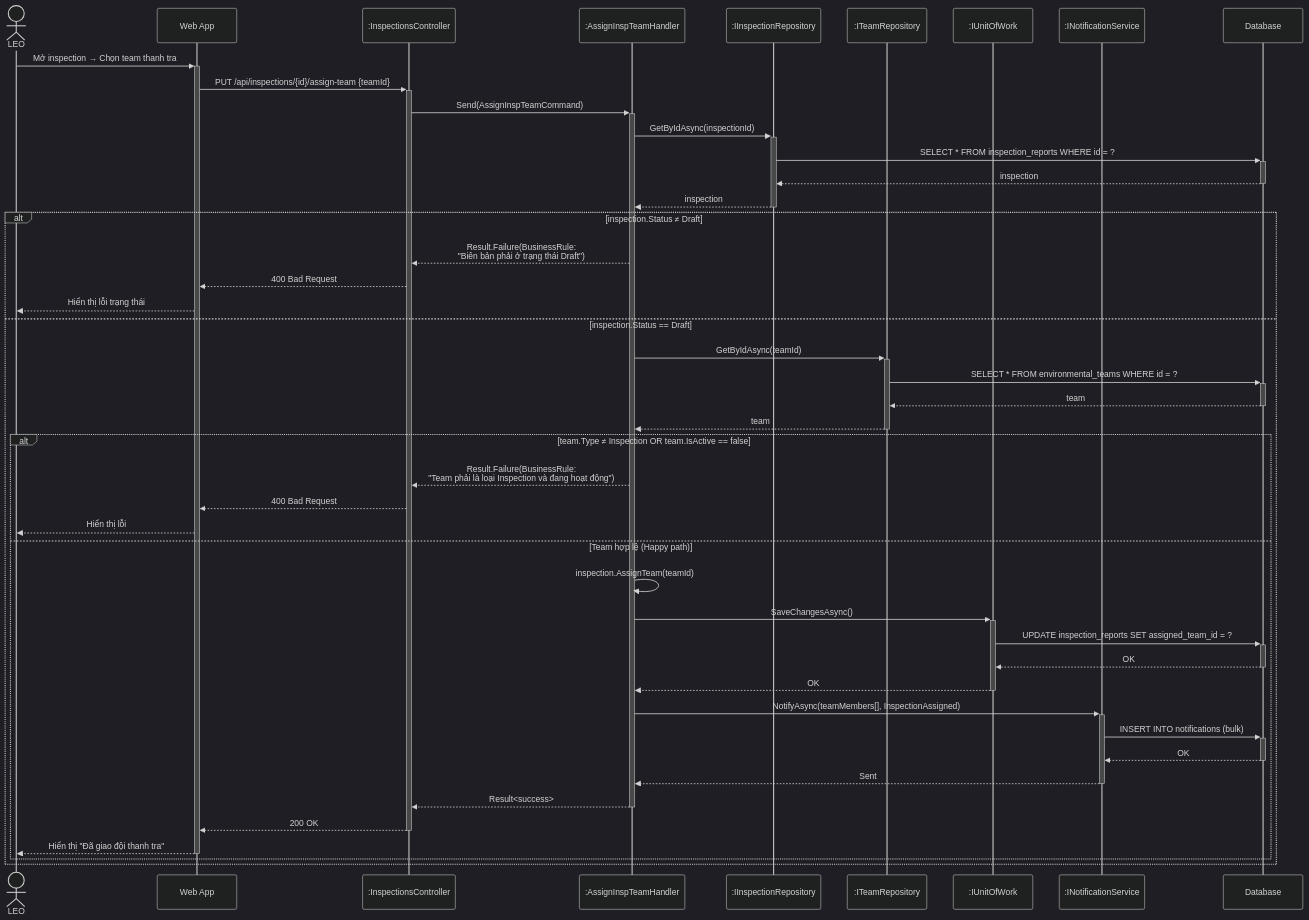
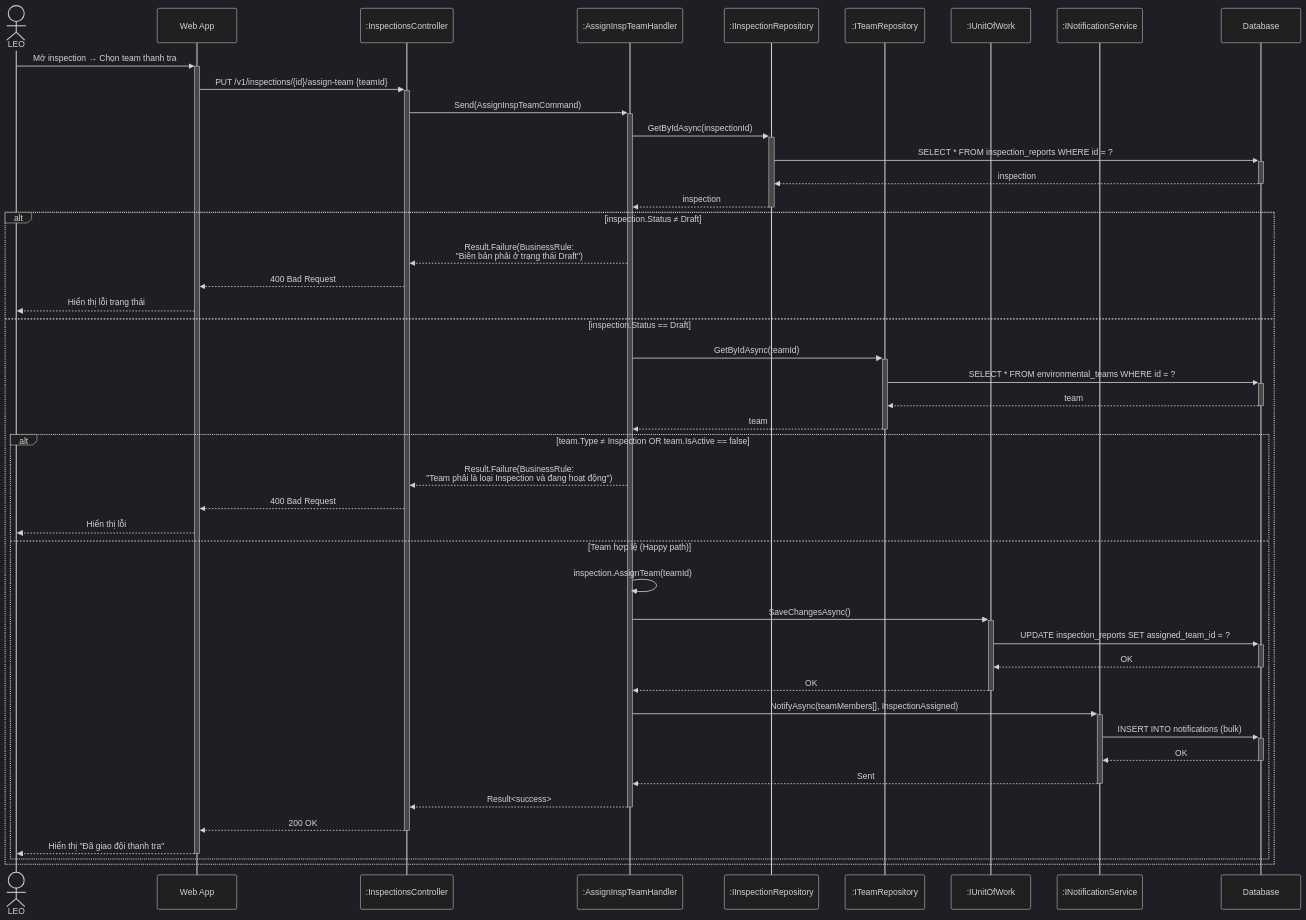
Before and after one commit to Capstonne-Project/greenlens-service: diagram 14 of 33 in docs/BusinessRule/SEQUENCE_DIAGRAMS.md, drawn with Mermaid (dark theme). The commit also changed other lines of this file and 1 other file, not shown here.

Commit message:
chore(docs): change inspection flow sequence and class diagram

````diff
--- a/docs/BusinessRule/SEQUENCE_DIAGRAMS.md
+++ b/docs/BusinessRule/SEQUENCE_DIAGRAMS.md
@@ -832,54 +848,54 @@
 ```mermaid
 sequenceDiagram
     actor LEO
     participant App as Web App
     participant Ctrl as :InspectionsController
     participant Hdl as :AssignInspTeamHandler
     participant InspRepo as :IInspectionRepository
     participant TeamRepo as :ITeamRepository
     participant UoW as :IUnitOfWork
     participant Notif as :INotificationService
     participant DB as Database
 
     LEO->>+App: Mở inspection → Chọn team thanh tra
-    App->>+Ctrl: PUT /api/inspections/{id}/assign-team {teamId}
+    App->>+Ctrl: PUT /v1/inspections/{id}/assign-team {teamId}
     Ctrl->>+Hdl: Send(AssignInspTeamCommand)
 
     Hdl->>+InspRepo: GetByIdAsync(inspectionId)
     InspRepo->>+DB: SELECT * FROM inspection_reports WHERE id = ?
     DB-->>-InspRepo: inspection
     InspRepo-->>-Hdl: inspection
 
     alt inspection.Status ≠ Draft
         Hdl-->>Ctrl: Result.Failure(BusinessRule:<br/>"Biên bản phải ở trạng thái Draft")
         Ctrl-->>App: 400 Bad Request
         App-->>LEO: Hiển thị lỗi trạng thái
     else inspection.Status == Draft
         Hdl->>+TeamRepo: GetByIdAsync(teamId)
         TeamRepo->>+DB: SELECT * FROM environmental_teams WHERE id = ?
         DB-->>-TeamRepo: team
         TeamRepo-->>-Hdl: team
 
         alt team.Type ≠ Inspection OR team.IsActive == false
             Hdl-->>Ctrl: Result.Failure(BusinessRule:<br/>"Team phải là loại Inspection và đang hoạt động")
             Ctrl-->>App: 400 Bad Request
             App-->>LEO: Hiển thị lỗi
         else Team hợp lệ (Happy path)
             Hdl->>Hdl: inspection.AssignTeam(teamId)
 
             Hdl->>+UoW: SaveChangesAsync()
             UoW->>+DB: UPDATE inspection_reports SET assigned_team_id = ?
             DB-->>-UoW: OK
             UoW-->>-Hdl: OK
 
             Hdl->>+Notif: NotifyAsync(teamMembers[], InspectionAssigned)
             Notif->>+DB: INSERT INTO notifications (bulk)
             DB-->>-Notif: OK
             Notif-->>-Hdl: Sent
 
             Hdl-->>-Ctrl: Result<success>
             Ctrl-->>-App: 200 OK
             App-->>-LEO: Hiển thị "Đã giao đội thanh tra"
         end
     end
 ```
````
